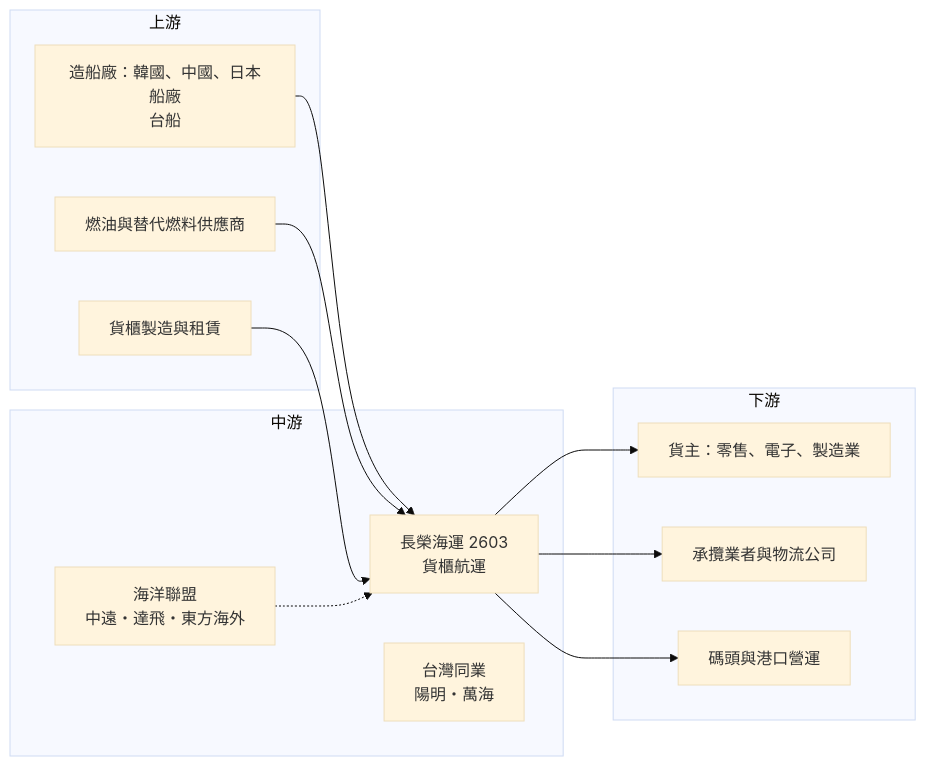
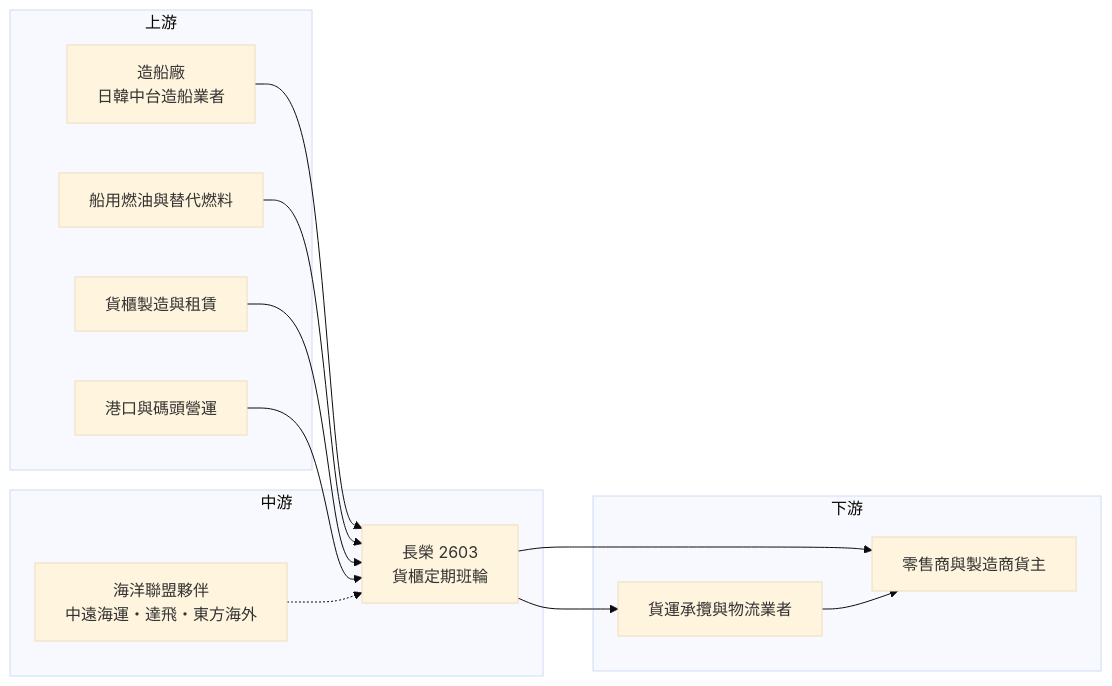
Before and after one commit to wangnick1004/taiwan-stock-vault: the third of 3 diagrams in 個股/台股/2603長榮.md, drawn with Mermaid (base theme). The commit also changed other lines of this file and 19 other files, not shown here.

````diff
--- a/個股/台股/2603長榮.md
+++ b/個股/台股/2603長榮.md
@@ -204,25 +211,25 @@
 ```mermaid
 flowchart LR
     subgraph 上游
-        A1[造船廠：韓國、中國、日本船廠<br/>台船]
-        A2[燃油與替代燃料供應商]
+        A1[造船廠<br/>日韓中台造船業者]
+        A2[船用燃油與替代燃料]
         A3[貨櫃製造與租賃]
+        A4[港口與碼頭營運]
     end
     subgraph 中游
-        B[長榮海運 2603<br/>貨櫃航運]
-        B2[海洋聯盟<br/>中遠・達飛・東方海外]
-        B3[台灣同業<br/>陽明・萬海]
+        B[長榮 2603<br/>貨櫃定期班輪]
+        B2[海洋聯盟夥伴<br/>中遠海運・達飛・東方海外]
     end
     subgraph 下游
-        C1[貨主：零售、電子、製造業]
-        C2[承攬業者與物流公司]
-        C3[碼頭與港口營運]
+        C1[貨運承攬與物流業者]
+        C2[零售商與製造商貨主]
     end
     A1 --> B
     A2 --> B
     A3 --> B
+    A4 --> B
     B2 -.-> B
     B --> C1
     B --> C2
-    B --> C3
+    C1 --> C2
 ```
````
